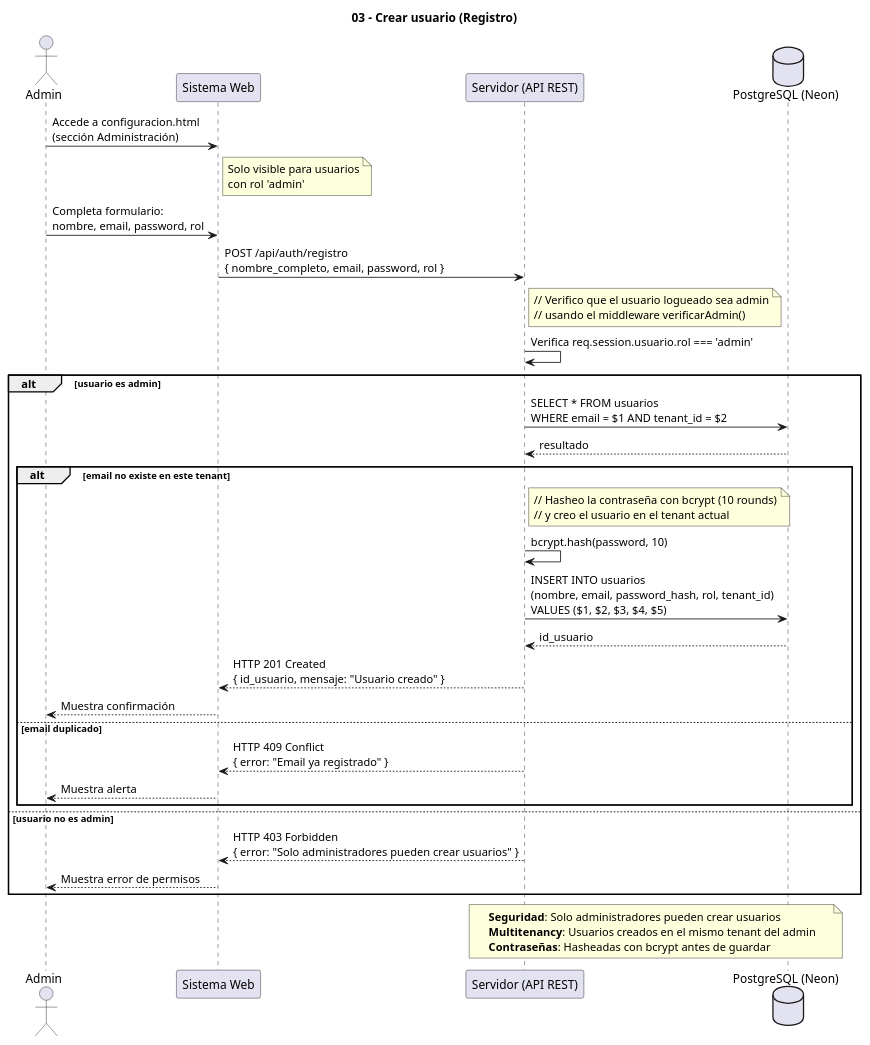
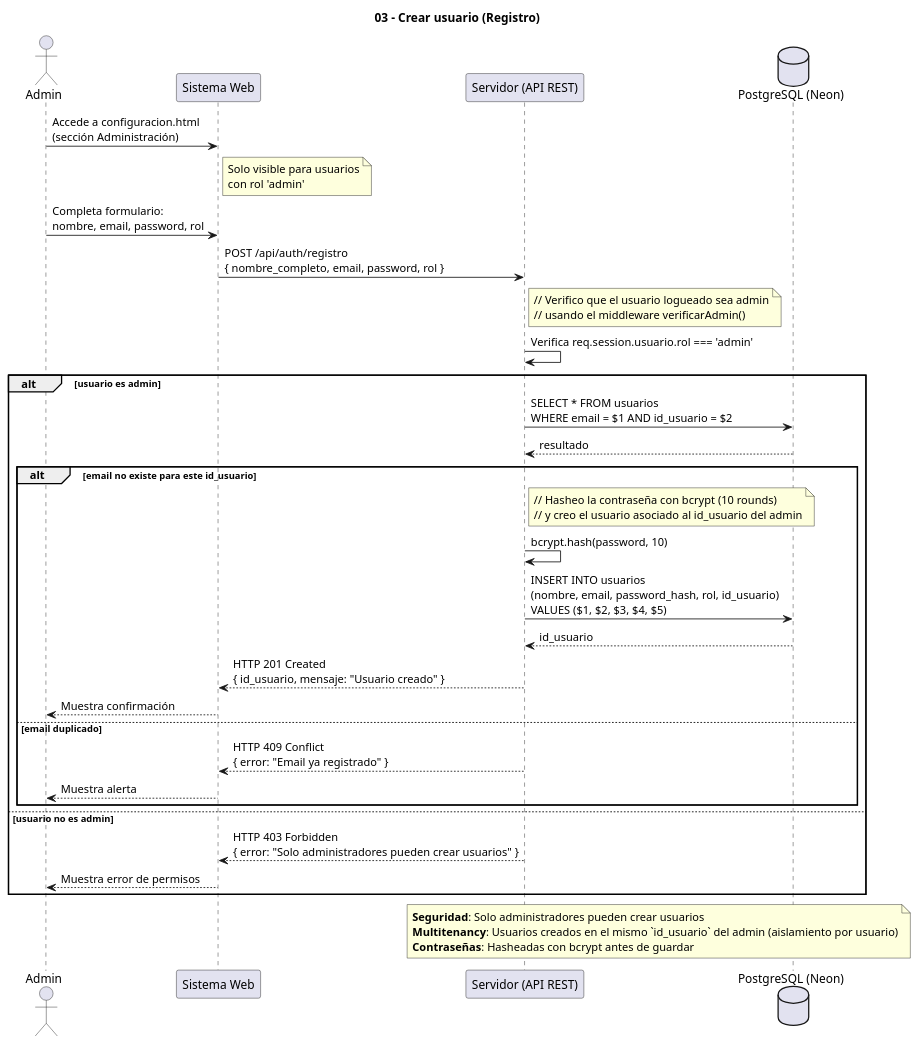
Before and after one commit to marcostoledo96/mvp_historias-clinicas: the diagram in docs/03_crear_usuario.puml, drawn with PlantUML. The commit also changed 38 other files, not shown here.

Commit message:
Actualizacion UML

```diff
--- a/docs/03_crear_usuario.puml
+++ b/docs/03_crear_usuario.puml
@@ -1,63 +1,63 @@
 @startuml
 ' Diagrama 03 - Crear usuario (solo administradores)
 ' Endpoint protegido: solo usuarios con rol 'admin' pueden crear usuarios
 title 03 - Crear usuario (Registro)
 
 actor Admin
 participant "Sistema Web" as Web
 participant "Servidor (API REST)" as Server
 database "PostgreSQL (Neon)" as DB
 
 Admin -> Web : Accede a configuracion.html\n(sección Administración)
 
 note right of Web
   Solo visible para usuarios
   con rol 'admin'
 end note
 
 Admin -> Web : Completa formulario:\nnombre, email, password, rol
 Web -> Server : POST /api/auth/registro\n{ nombre_completo, email, password, rol }
 
 note right of Server
   // Verifico que el usuario logueado sea admin
   // usando el middleware verificarAdmin()
 end note
 
 Server -> Server : Verifica req.session.usuario.rol === 'admin'
 
 alt usuario es admin
   
-  Server -> DB : SELECT * FROM usuarios\nWHERE email = $1 AND tenant_id = $2
+  Server -> DB : SELECT * FROM usuarios\nWHERE email = $1 AND id_usuario = $2
   DB --> Server : resultado
   
-  alt email no existe en este tenant
+  alt email no existe para este id_usuario
     
     note right of Server
       // Hasheo la contraseña con bcrypt (10 rounds)
-      // y creo el usuario en el tenant actual
+      // y creo el usuario asociado al id_usuario del admin
     end note
     
     Server -> Server : bcrypt.hash(password, 10)
-    Server -> DB : INSERT INTO usuarios\n(nombre, email, password_hash, rol, tenant_id)\nVALUES ($1, $2, $3, $4, $5)
+    Server -> DB : INSERT INTO usuarios\n(nombre, email, password_hash, rol, id_usuario)\nVALUES ($1, $2, $3, $4, $5)
     DB --> Server : id_usuario
     
     Server --> Web : HTTP 201 Created\n{ id_usuario, mensaje: "Usuario creado" }
     Web --> Admin : Muestra confirmación
     
   else email duplicado
     Server --> Web : HTTP 409 Conflict\n{ error: "Email ya registrado" }
     Web --> Admin : Muestra alerta
   end
   
 else usuario no es admin
   Server --> Web : HTTP 403 Forbidden\n{ error: "Solo administradores pueden crear usuarios" }
   Web --> Admin : Muestra error de permisos
 end
 
 note over Server, DB
   **Seguridad**: Solo administradores pueden crear usuarios
-  **Multitenancy**: Usuarios creados en el mismo tenant del admin
+  **Multitenancy**: Usuarios creados en el mismo `id_usuario` del admin (aislamiento por usuario)
   **Contraseñas**: Hasheadas con bcrypt antes de guardar
 end note
 
 @enduml
```
